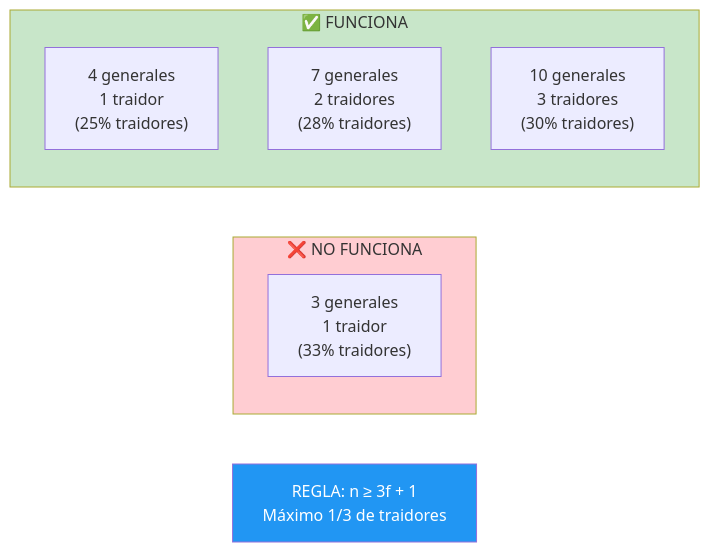
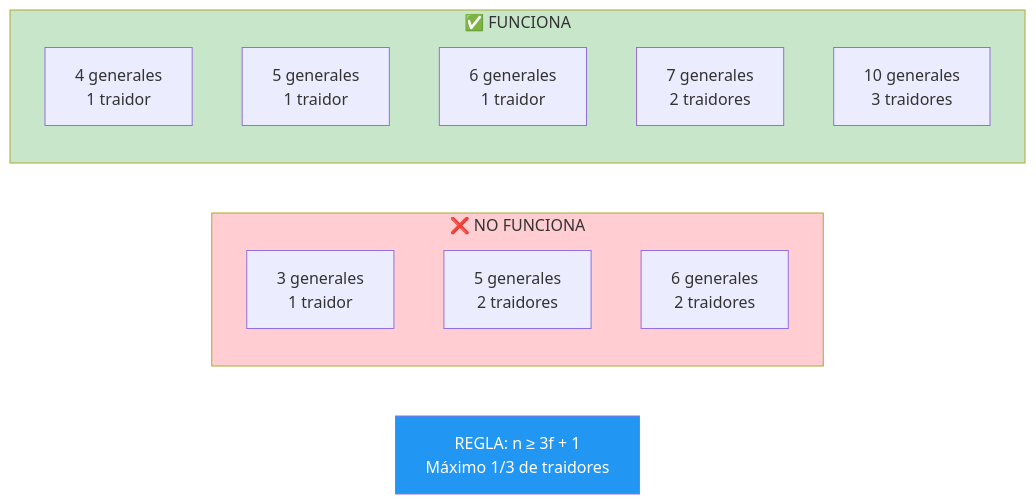
Before and after one commit to jjnieto/fabric: diagram 21 of 21 in docs/slides/diagrama-generales-bizantinos.md, drawn with Mermaid. The commit also changed other lines of this file, not shown here.

First line of the commit message:
Ampliar diagramas bizantinos con 5 y 6 generales

````diff
--- a/docs/slides/diagrama-generales-bizantinos.md
+++ b/docs/slides/diagrama-generales-bizantinos.md
@@ -234,18 +597,22 @@
 ```mermaid
 graph LR
     subgraph FALLA["❌ NO FUNCIONA"]
-        F1["3 generales<br/>1 traidor<br/>(33% traidores)"]
+        F1["3 generales<br/>1 traidor"]
+        F5["5 generales<br/>2 traidores"]
+        F6["6 generales<br/>2 traidores"]
     end
 
     subgraph FUNCIONA["✅ FUNCIONA"]
-        F2["4 generales<br/>1 traidor<br/>(25% traidores)"]
-        F3["7 generales<br/>2 traidores<br/>(28% traidores)"]
-        F4["10 generales<br/>3 traidores<br/>(30% traidores)"]
+        F2["4 generales<br/>1 traidor"]
+        F7["5 generales<br/>1 traidor"]
+        F8["6 generales<br/>1 traidor"]
+        F3["7 generales<br/>2 traidores"]
+        F4["10 generales<br/>3 traidores"]
     end
 
     R["REGLA: n ≥ 3f + 1<br/>Máximo 1/3 de traidores"]
 
     style FALLA fill:#ffcdd2
     style FUNCIONA fill:#c8e6c9
     style R fill:#2196F3,color:#fff
 ```
````
